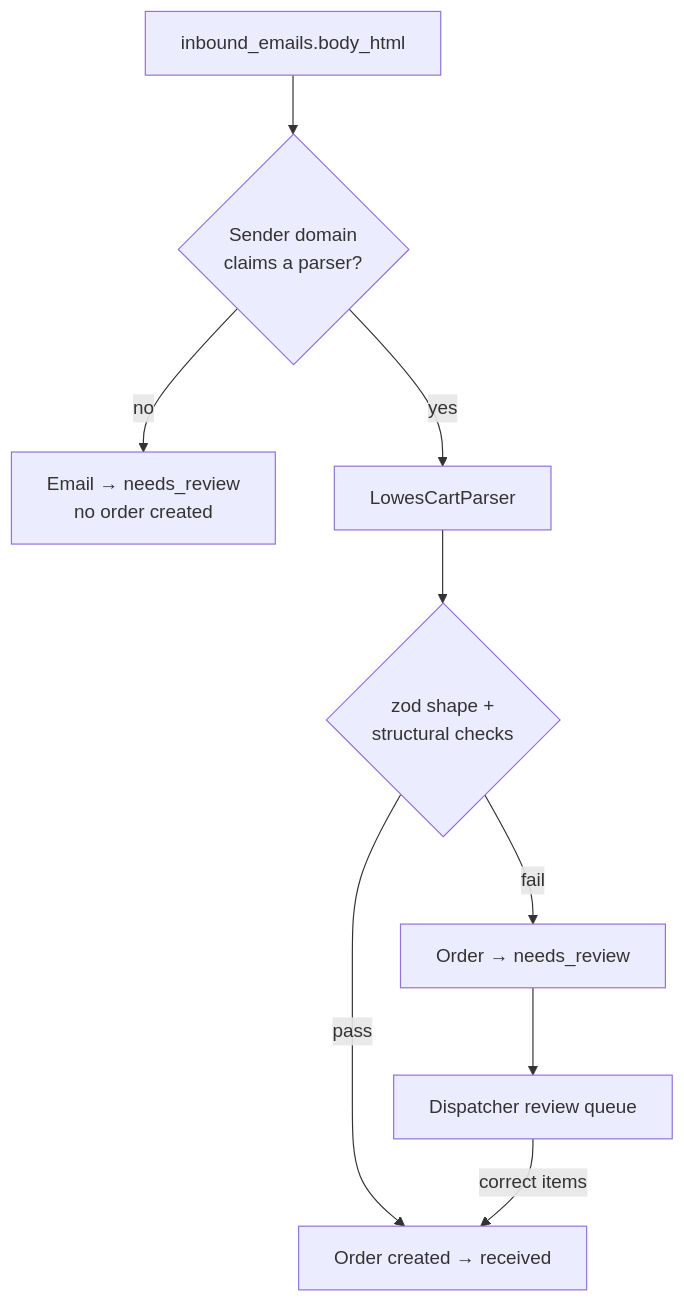
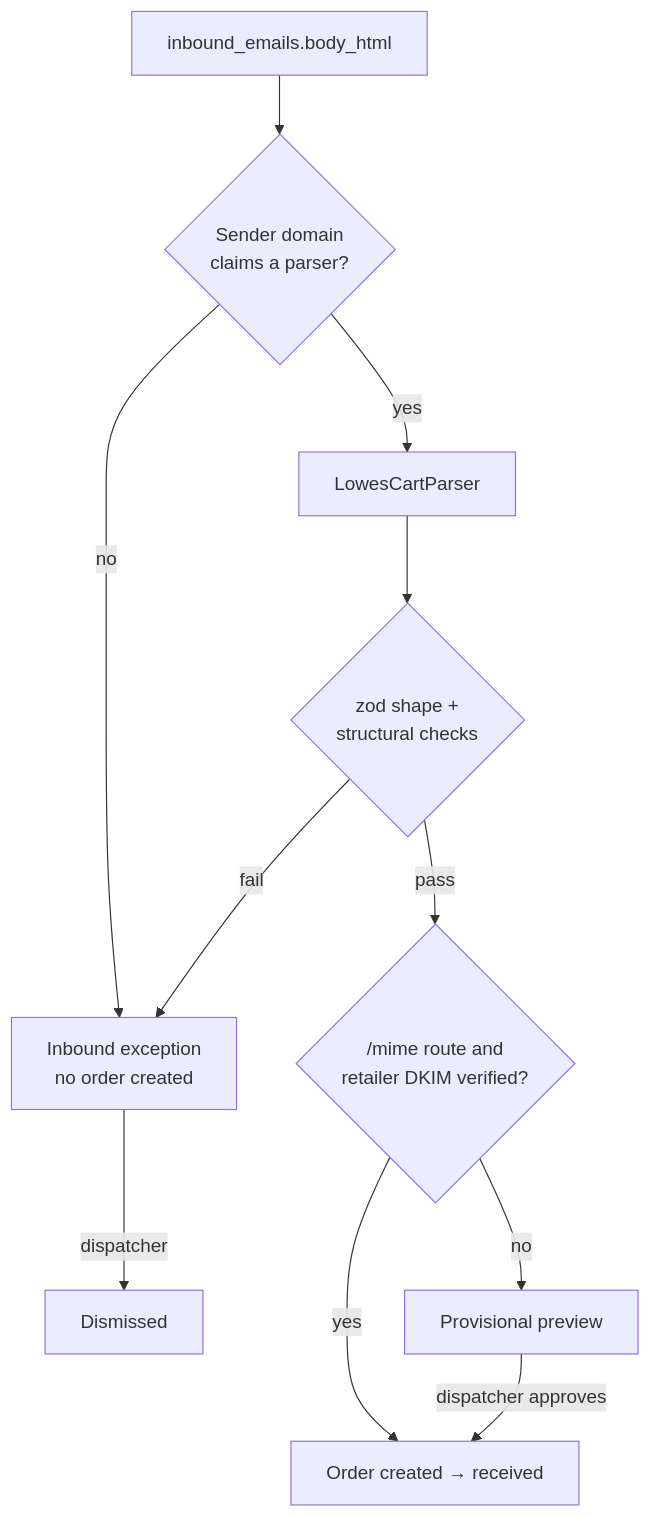
Before and after one commit to apalumbiLS/DeliveryApp: the diagram in docs/architecture/06-cart-parsing.md, drawn with Mermaid. The commit also changed other lines of this file and 32 other files, not shown here.

````diff
--- a/docs/architecture/06-cart-parsing.md
+++ b/docs/architecture/06-cart-parsing.md
@@ -13,11 +13,13 @@
 ```mermaid
 flowchart TD
     A["inbound_emails.body_html"] --> B{Sender domain<br/>claims a parser?}
-    B -->|no| K["Email → needs_review<br/>no order created"]
+    B -->|no| K["Inbound exception<br/>no order created"]
     B -->|yes| D[LowesCartParser]
     D --> E{"zod shape +<br/>structural checks"}
-    E -->|pass| F["Order created → received"]
-    E -->|fail| I["Order → needs_review"]
-    I --> J[Dispatcher review queue]
-    J -->|correct items| F
+    E -->|fail| K
+    E -->|pass| V{"/mime route and<br/>retailer DKIM verified?"}
+    V -->|yes| F["Order created → received"]
+    V -->|no| P["Provisional preview"]
+    P -->|dispatcher approves| F
+    K -->|dispatcher| X["Dismissed"]
 ```
````
